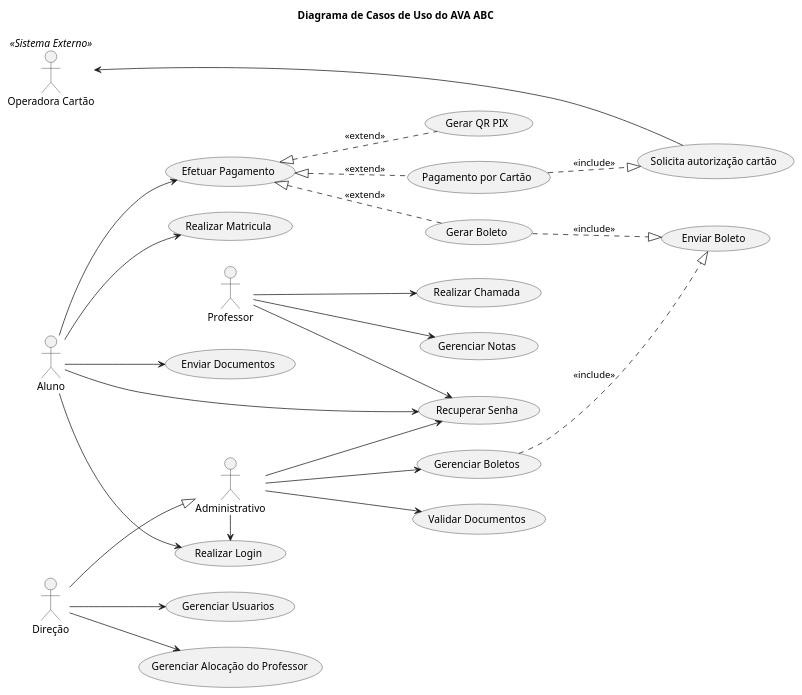
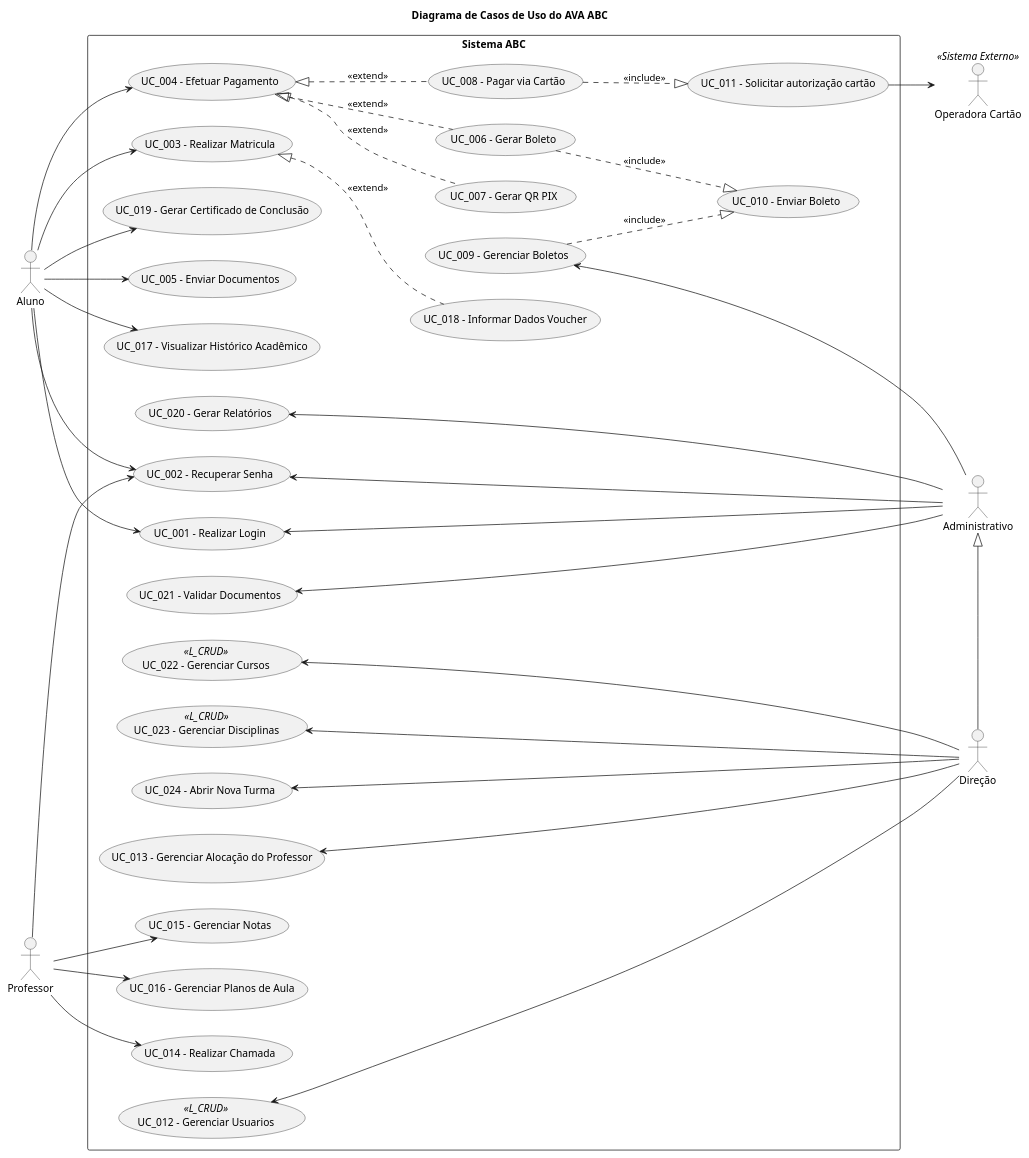
The diagram in modelo-diagrama.puml (PosGraduacaoEquipe7/diagramas-plant-uml), drawn with PlantUML before and after one commit.

Commit message:
Correções da entrega 1

```diff
--- a/modelo-diagrama.puml
+++ b/modelo-diagrama.puml
@@ -1,41 +1,58 @@
-@startuml
+@startuml diagrama
 left to right direction
-'skinparam actorStyle awesome
 title Diagrama de Casos de Uso do AVA ABC
 
 actor :Aluno: as A
 actor :Professor: as P
 actor :Administrativo: as Adm
 actor :Direção: as D
 actor :Operadora Cartão: as Visa <<Sistema Externo>>
 
-Visa <---- (Solicita autorização cartão)
-A --> (Realizar Login)
-A --> (Realizar Matricula)
-A --> (Efetuar Pagamento)
-A --> (Enviar Documentos)
-A --> (Recuperar Senha)
+rectangle "Sistema ABC" {
+    (UC_011 - Solicitar autorização cartão) --> Visa
+    A --> (UC_019 - Gerar Certificado de Conclusão)
+    A --> (UC_001 - Realizar Login)
+    A --> (UC_003 - Realizar Matricula)
+    A --> (UC_004 - Efetuar Pagamento)
+    A --> (UC_005 - Enviar Documentos)
+    A --> (UC_002 - Recuperar Senha)
+    A --> (UC_017 - Visualizar Histórico Acadêmico)
 
-P --> (Realizar Chamada)
-P --> (Gerenciar Notas)
-P --> (Recuperar Senha)
-Adm --> (Gerenciar Boletos)
-Adm --> (Validar Documentos)
-Adm --> (Recuperar Senha)
-Adm -> (Realizar Login)
+    P --> (UC_014 - Realizar Chamada)
+    P --> (UC_015 - Gerenciar Notas)
+    P --> (UC_016 - Gerenciar Planos de Aula)
+    P --> (UC_002 - Recuperar Senha)
+    (UC_009 - Gerenciar Boletos) <--- Adm
+    (UC_021 - Validar Documentos) <- Adm
+    (UC_002 - Recuperar Senha) <--- Adm
+    (UC_001 - Realizar Login) <--- Adm
+    (UC_020 - Gerar Relatórios) <- Adm
 
-D --> (Gerenciar Usuarios)
-D --> (Gerenciar Alocação do Professor)
-D --|> Adm
+    (UC_012 - Gerenciar Usuarios) << L_CRUD >>
+    (UC_012 - Gerenciar Usuarios) <- D
 
-(Gerenciar Boletos) ..|> (Enviar Boleto) : <<include>>
-(Gerar Boleto) ..|> (Enviar Boleto) : <<include>>
+    (UC_022 - Gerenciar Cursos) << L_CRUD >>
+    (UC_022 - Gerenciar Cursos) <- D
 
-' extends include seta -- | >
-(Efetuar Pagamento) <|.. (Gerar QR PIX) : <<extend>>
-(Efetuar Pagamento) <|.. (Gerar Boleto) : <<extend>>
-(Efetuar Pagamento) <|.. (Pagamento por Cartão) : <<extend>>
+    (UC_023 - Gerenciar Disciplinas) << L_CRUD >>
+    (UC_023 - Gerenciar Disciplinas) <- D
 
-(Pagamento por Cartão) ..|> (Solicita autorização cartão) : <<include>>
+    (UC_024 - Abrir Nova Turma) <- D
+
+    (UC_013 - Gerenciar Alocação do Professor) <-- D
+    Adm <|- D
+
+    (UC_009 - Gerenciar Boletos) ..|> (UC_010 - Enviar Boleto) : <<include>>
+    (UC_006 - Gerar Boleto) ..|> (UC_010 - Enviar Boleto) : <<include>>
+
+    (UC_003 - Realizar Matricula) <|.. (UC_018 - Informar Dados Voucher) : <<extend>>
+
+    ' extends include seta -- | >
+    (UC_004 - Efetuar Pagamento) <|.. (UC_007 - Gerar QR PIX) : <<extend>>
+    (UC_004 - Efetuar Pagamento) <|.. (UC_006 - Gerar Boleto) : <<extend>>
+    (UC_004 - Efetuar Pagamento) <|.. (UC_008 - Pagar via Cartão) : <<extend>>
+
+    (UC_008 - Pagar via Cartão) ..|> (UC_011 - Solicitar autorização cartão) : <<include>>
+}
 
 @enduml
```
